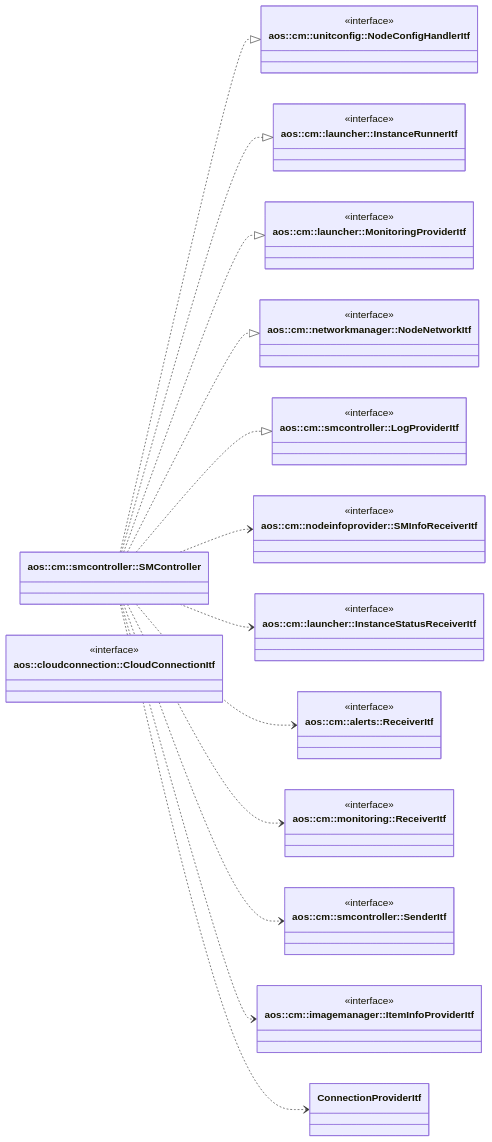
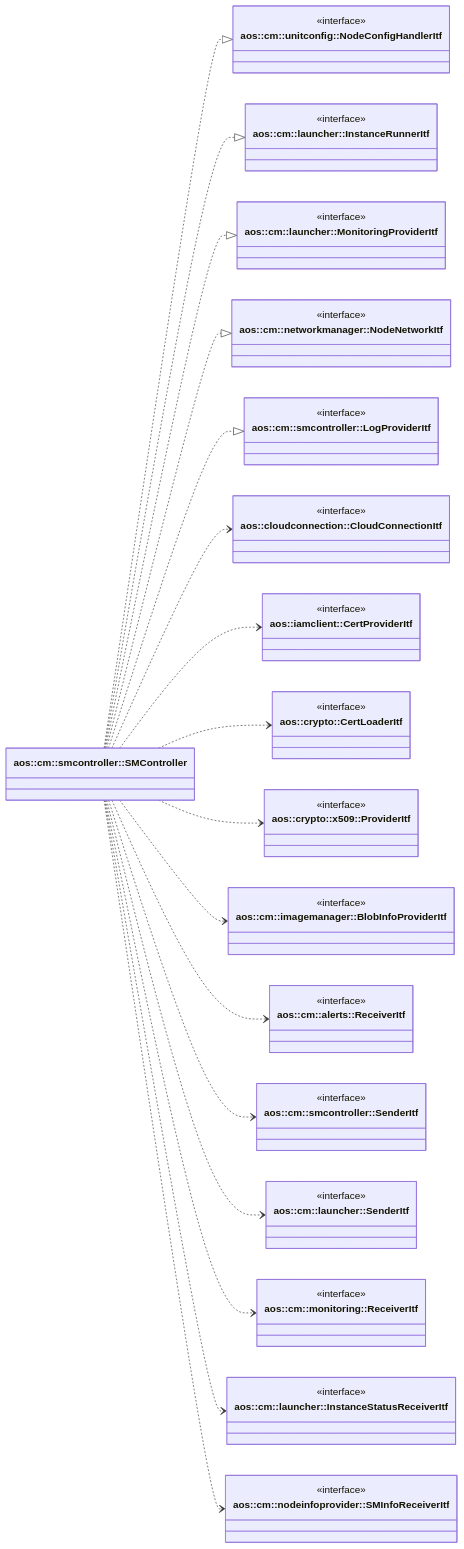
One commit to aosedge/aos_core_lib_cpp changed the diagram in src/core/cm/smcontroller/smcontroller.md. Above: the diagram before and after it, drawn with Mermaid. The commit also changed other lines of this file, not shown here.

Commit message:
cm: smcontroller: update smcontroller.md required interfaces section

````diff
--- a/src/core/cm/smcontroller/smcontroller.md
+++ b/src/core/cm/smcontroller/smcontroller.md
@@ -50,7 +54,39 @@
         <<interface>>
     }
 
-    class SMInfoReceiverItf["aos::cm::nodeinfoprovider::SMInfoReceiverItf"] {
+    class CloudConnectionItf ["aos::cloudconnection::CloudConnectionItf"] {
+        <<interface>>
+    }
+
+    class CertProviderItf ["aos::iamclient::CertProviderItf"] {
+        <<interface>>
+    }
+
+    class CertLoaderItf ["aos::crypto::CertLoaderItf"] {
+        <<interface>>
+    }
+
+    class CryptoProviderItf ["aos::crypto::x509::ProviderItf"] {
+        <<interface>>
+    }
+
+    class BlobInfoProviderItf ["aos::cm::imagemanager::BlobInfoProviderItf"] {
+        <<interface>>
+    }
+
+    class AlertsReceiverItf["aos::cm::alerts::ReceiverItf"] {
+        <<interface>>
+    }
+
+    class LogSenderItf ["aos::cm::smcontroller::SenderItf"] {
+        <<interface>>
+    }
+
+    class EnvVarsStatusSenderItf ["aos::cm::launcher::SenderItf"] {
+        <<interface>>
+    }
+
+    class MonitoringReceiverItf["aos::cm::monitoring::ReceiverItf"] {
         <<interface>>
     }
 
@@ -58,23 +94,7 @@
         <<interface>>
     }
 
-    class AlertsReceiverItf["aos::cm::alerts::ReceiverItf"] {
-        <<interface>>
-    }
-
-    class MonitoringReceiverItf["aos::cm::monitoring::ReceiverItf"] {
-        <<interface>>
-    }
-
-    class SenderItf ["aos::cm::smcontroller::SenderItf"] {
-        <<interface>>
-    }
-
-    class ItemInfoProviderItf ["aos::cm::imagemanager::ItemInfoProviderItf"] {
-        <<interface>>
-    }
-
-    class CloudConnectionItf ["aos::cloudconnection::CloudConnectionItf"] {
+    class SMInfoReceiverItf["aos::cm::nodeinfoprovider::SMInfoReceiverItf"] {
         <<interface>>
     }
 
@@ -84,11 +104,15 @@
     SMController ..|> NodeNetworkItf
     SMController ..|> LogProviderItf
 
+    SMController ..> CloudConnectionItf
+    SMController ..> CertProviderItf
+    SMController ..> CertLoaderItf
+    SMController ..> CryptoProviderItf
+    SMController ..> BlobInfoProviderItf
+    SMController ..> AlertsReceiverItf
+    SMController ..> LogSenderItf
+    SMController ..> EnvVarsStatusSenderItf
+    SMController ..> MonitoringReceiverItf
+    SMController ..> InstanceStatusReceiverItf
     SMController ..> SMInfoReceiverItf
-    SMController ..> InstanceStatusReceiverItf
-    SMController ..> AlertsReceiverItf
-    SMController ..> MonitoringReceiverItf
-    SMController ..> SenderItf
-    SMController ..> ItemInfoProviderItf
-    SMController ..> ConnectionProviderItf
 ```
````
